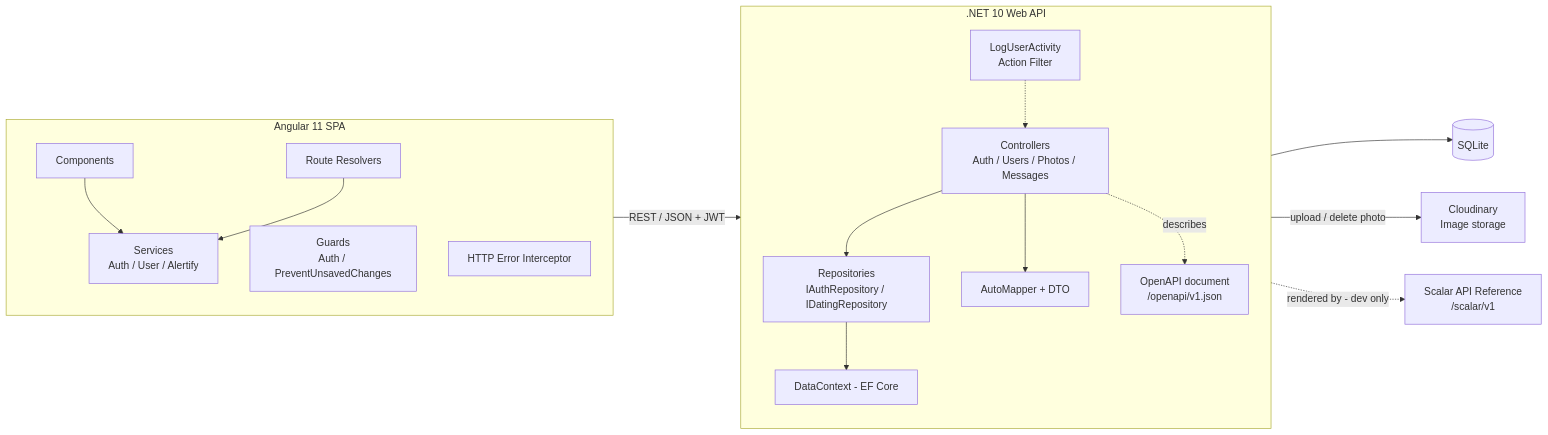
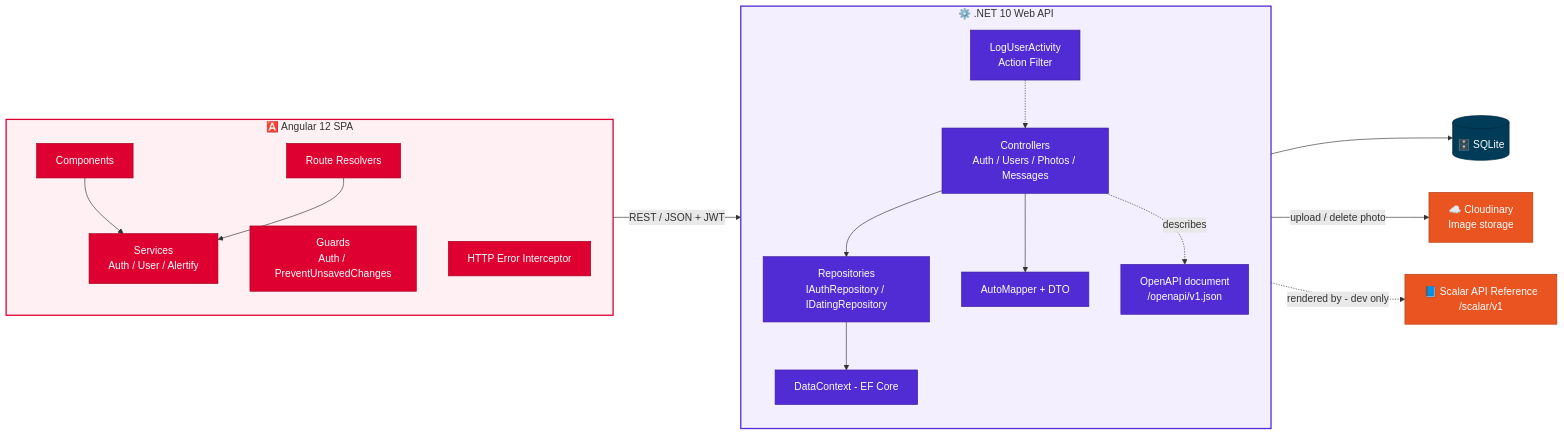
The first of 6 diagrams in README.md (NisanurBulut/KimOkurAPP), drawn with Mermaid before and after one commit. The commit also changed other lines of this file, not shown here.

Commit message:
chore: update README.md with enhanced project details, Angular 12 upgrade, and improved visuals

````diff
--- a/README.md
+++ b/README.md
@@ -74,29 +154,40 @@
 ```mermaid
 flowchart LR
-    subgraph SPA["Angular 11 SPA"]
+    subgraph SPA["🅰️ Angular 12 SPA"]
         direction TB
         CMP["Components"] --> SRV["Services<br/>Auth / User / Alertify"]
         RES["Route Resolvers"] --> SRV
         GRD["Guards<br/>Auth / PreventUnsavedChanges"]
         INT["HTTP Error Interceptor"]
     end
 
-    subgraph API[".NET 10 Web API"]
+    subgraph API["⚙️ .NET 10 Web API"]
         direction TB
         CTR["Controllers<br/>Auth / Users / Photos / Messages"] --> REP["Repositories<br/>IAuthRepository / IDatingRepository"]
         CTR --> MAP["AutoMapper + DTO"]
         FLT["LogUserActivity<br/>Action Filter"] -.-> CTR
         REP --> CTX["DataContext - EF Core"]
         OAS["OpenAPI document<br/>/openapi/v1.json"]
     end
 
-    DB[("SQLite")]
-    CLD["Cloudinary<br/>Image storage"]
-    SCL["Scalar API Reference<br/>/scalar/v1"]
+    DB[("🗄️ SQLite")]
+    CLD["☁️ Cloudinary<br/>Image storage"]
+    SCL["📘 Scalar API Reference<br/>/scalar/v1"]
 
     SRV -->|"REST / JSON + JWT"| CTR
     CTX --> DB
     CTR -->|"upload / delete photo"| CLD
     CTR -.->|"describes"| OAS
     OAS -.->|"rendered by - dev only"| SCL
+
+    classDef spa fill:#DD0031,stroke:#A3001F,color:#ffffff
+    classDef api fill:#512BD4,stroke:#3A1E9C,color:#ffffff
+    classDef ext fill:#E95420,stroke:#B33E14,color:#ffffff
+    classDef store fill:#003B57,stroke:#00283B,color:#ffffff
+    class CMP,SRV,RES,GRD,INT spa
+    class CTR,REP,MAP,FLT,CTX,OAS api
+    class CLD,SCL ext
+    class DB store
+    style SPA fill:#FFF0F3,stroke:#DD0031,stroke-width:2px
+    style API fill:#F3EFFF,stroke:#512BD4,stroke-width:2px
 ```
````
